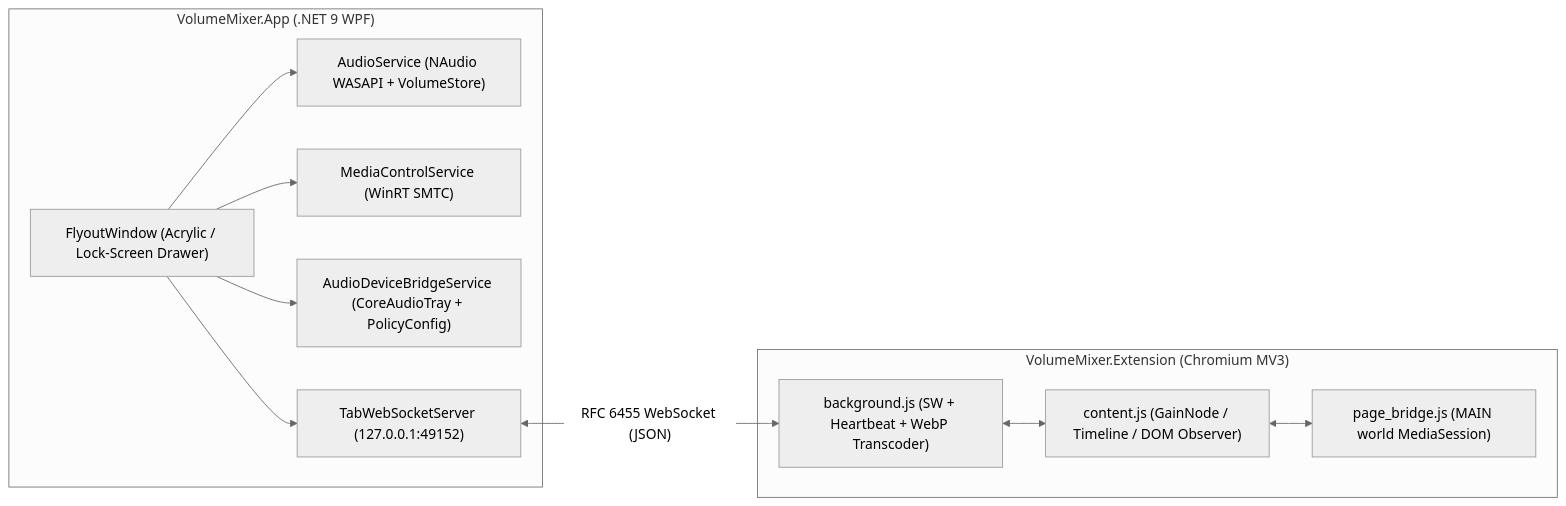
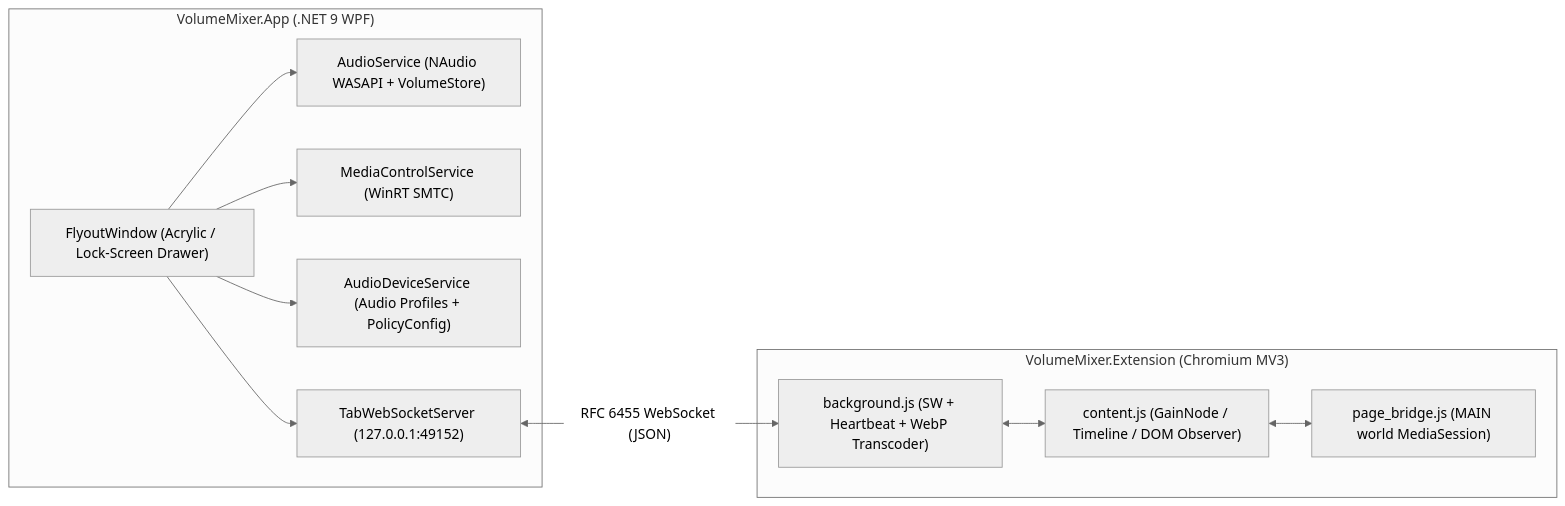
The diagram in README.md (Tryharder782/windows-volume-mixer), drawn with Mermaid (neutral theme) before and after one commit. The commit also changed other lines of this file and 11 other files, not shown here.

Commit message:
refactor(devices): replace CoreAudioTray dependency with built-in audio profile settings

````diff
--- a/README.md
+++ b/README.md
@@ -35,24 +35,24 @@
 ```mermaid
 flowchart LR
     subgraph Desktop["VolumeMixer.App (.NET 9 WPF)"]
         UI["FlyoutWindow (Acrylic / Lock-Screen Drawer)"]
         Audio["AudioService (NAudio WASAPI + VolumeStore)"]
         SMTC["MediaControlService (WinRT SMTC)"]
-        Bridge["AudioDeviceBridgeService (CoreAudioTray + PolicyConfig)"]
+        Devices["AudioDeviceService (Audio Profiles + PolicyConfig)"]
         WS["TabWebSocketServer (127.0.0.1:49152)"]
         UI --> Audio
         UI --> SMTC
-        UI --> Bridge
+        UI --> Devices
         UI --> WS
     end
 
     subgraph Browser["VolumeMixer.Extension (Chromium MV3)"]
         BG["background.js (SW + Heartbeat + WebP Transcoder)"]
         CS["content.js (GainNode / Timeline / DOM Observer)"]
         PB["page_bridge.js (MAIN world MediaSession)"]
         BG <--> CS
         CS <--> PB
     end
 
     WS <-->|"RFC 6455 WebSocket (JSON)"| BG
 ```
````
